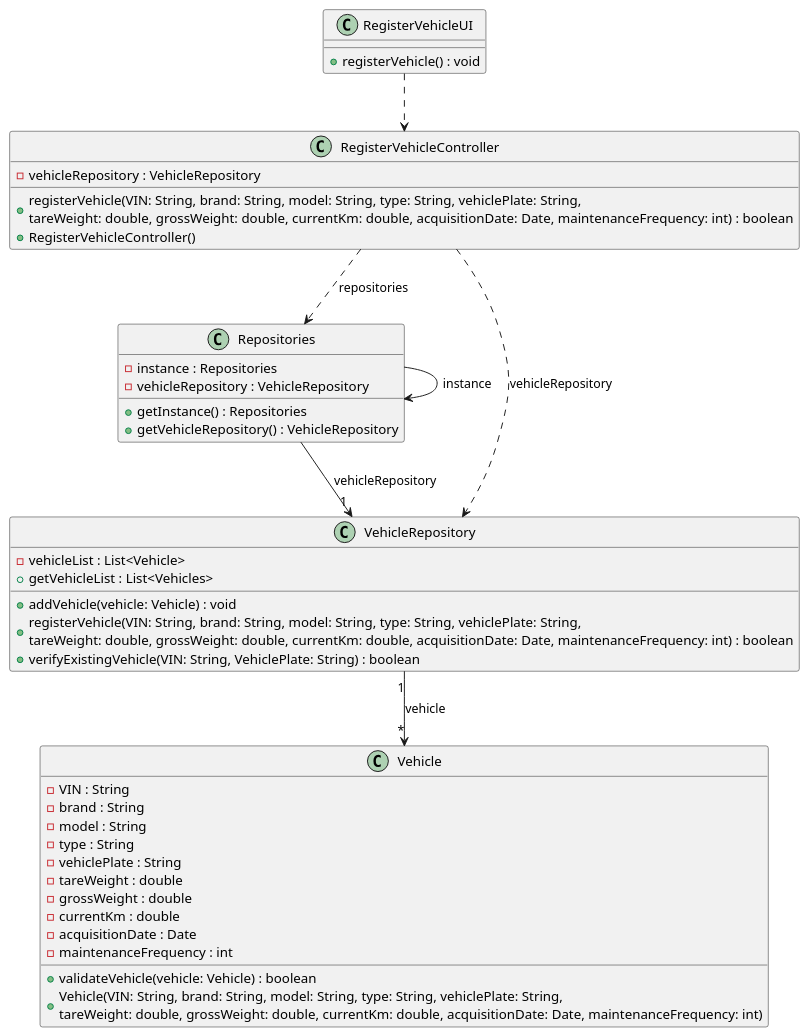
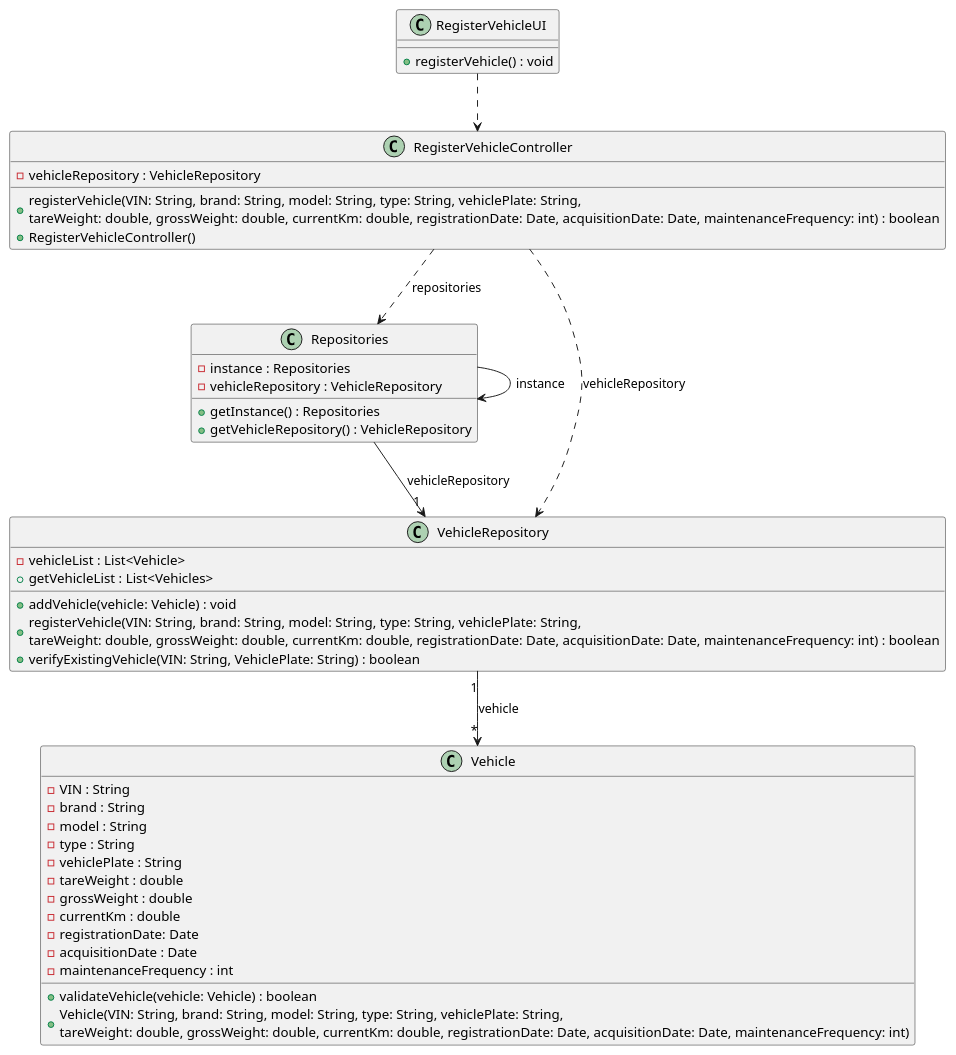
Before and after one commit to ricardomm7/leaflink: the diagram in docs/sprintB/us006/03.design/puml/us006-class-diagram.puml, drawn with PlantUML. The commit also changed 11 other files, not shown here.

Commit message:
Add registrationDate attribute forgotten on code and documentation

```diff
--- a/docs/sprintB/us006/03.design/puml/us006-class-diagram.puml
+++ b/docs/sprintB/us006/03.design/puml/us006-class-diagram.puml
@@ -1,55 +1,56 @@
 @startuml
 skinparam shadowing false
 skinparam line type polyline
 
 'left to right direction
 
     class RegisterVehicleUI {
         + registerVehicle() : void
     }
 
     class RegisterVehicleController {
         - vehicleRepository : VehicleRepository
-        + registerVehicle(VIN: String, brand: String, model: String, type: String, vehiclePlate: String, \ntareWeight: double, grossWeight: double, currentKm: double, acquisitionDate: Date, maintenanceFrequency: int) : boolean
+        + registerVehicle(VIN: String, brand: String, model: String, type: String, vehiclePlate: String, \ntareWeight: double, grossWeight: double, currentKm: double, registrationDate: Date, acquisitionDate: Date, maintenanceFrequency: int) : boolean
         + RegisterVehicleController()
     }
 
     class Repositories {
         - instance : Repositories
         - vehicleRepository : VehicleRepository
         + getInstance() : Repositories
         + getVehicleRepository() : VehicleRepository
     }
 
     class VehicleRepository {
         - vehicleList : List<Vehicle>
         + getVehicleList : List<Vehicles>
         + addVehicle(vehicle: Vehicle) : void
-        + registerVehicle(VIN: String, brand: String, model: String, type: String, vehiclePlate: String, \ntareWeight: double, grossWeight: double, currentKm: double, acquisitionDate: Date, maintenanceFrequency: int) : boolean
+        + registerVehicle(VIN: String, brand: String, model: String, type: String, vehiclePlate: String, \ntareWeight: double, grossWeight: double, currentKm: double, registrationDate: Date, acquisitionDate: Date, maintenanceFrequency: int) : boolean
         + verifyExistingVehicle(VIN: String, VehiclePlate: String) : boolean
     }
 
     class Vehicle {
         - VIN : String
         - brand : String
         - model : String
         - type : String
         - vehiclePlate : String
         - tareWeight : double
         - grossWeight : double
         - currentKm : double
+        - registrationDate: Date
         - acquisitionDate : Date
         - maintenanceFrequency : int
 
         + validateVehicle(vehicle: Vehicle) : boolean
-        + Vehicle(VIN: String, brand: String, model: String, type: String, vehiclePlate: String, \ntareWeight: double, grossWeight: double, currentKm: double, acquisitionDate: Date, maintenanceFrequency: int)
+        + Vehicle(VIN: String, brand: String, model: String, type: String, vehiclePlate: String, \ntareWeight: double, grossWeight: double, currentKm: double, registrationDate: Date, acquisitionDate: Date, maintenanceFrequency: int)
     }
 
 RegisterVehicleUI ..> RegisterVehicleController
 RegisterVehicleController ..> Repositories: repositories
 Repositories --> Repositories: instance
 RegisterVehicleController ..> VehicleRepository: vehicleRepository
 Repositories --> "1"VehicleRepository: vehicleRepository
 VehicleRepository "1"-->"*" Vehicle: vehicle
 
 @enduml
```
